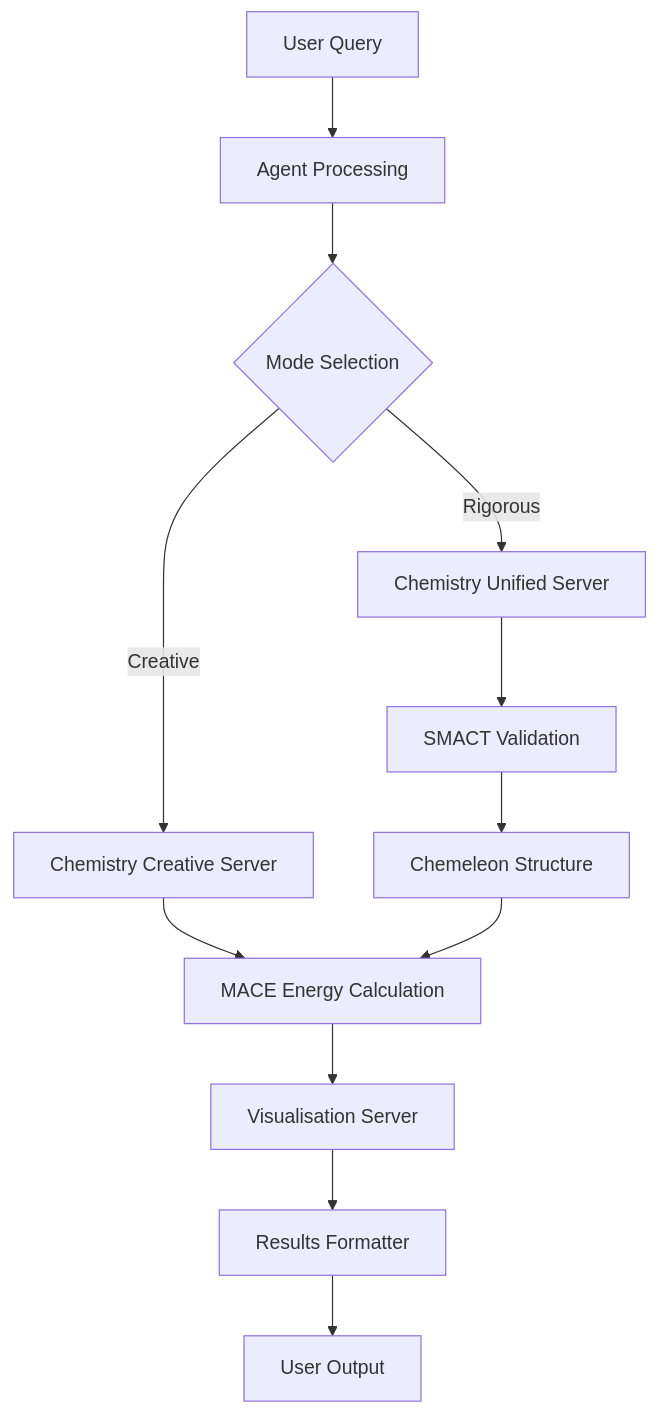
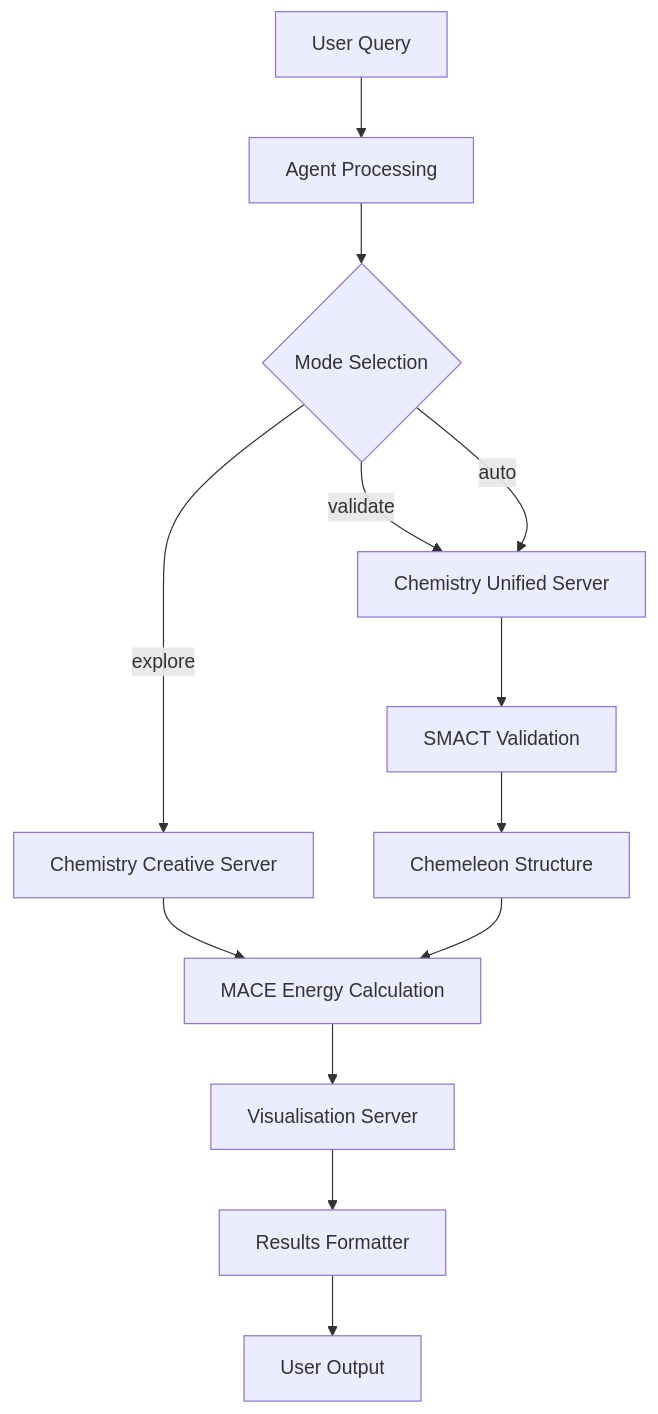
One commit to ryannduma/CrystaLyse.AI changed the diagram in docs/architecture/overview.md. Above: the diagram before and after it, drawn with Mermaid. The commit also changed other lines of this file and 28 other files, not shown here.

````diff
--- a/docs/architecture/overview.md
+++ b/docs/architecture/overview.md
@@ -47,14 +92,15 @@
 ```mermaid
 graph TB
     A[User Query] --> B[Agent Processing]
     B --> C{Mode Selection}
-    C -->|Creative| D[Chemistry Creative Server]
-    C -->|Rigorous| E[Chemistry Unified Server]
+    C -->|explore| D[Chemistry Creative Server]
+    C -->|validate| E[Chemistry Unified Server]
+    C -->|auto| E
     D --> F[MACE Energy Calculation]
     E --> G[SMACT Validation]
     G --> H[Chemeleon Structure]
     H --> F
     F --> I[Visualisation Server]
     I --> J[Results Formatter]
     J --> K[User Output]
 ```
````
